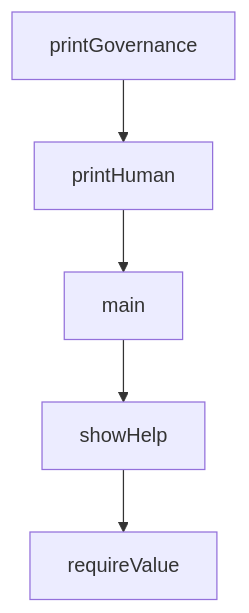
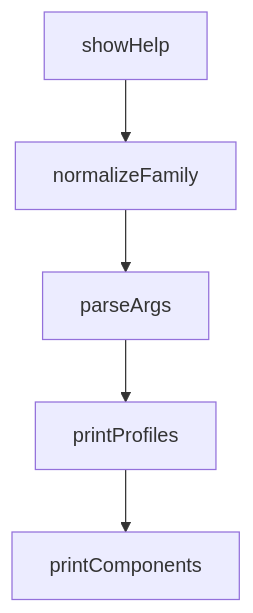
Before and after one commit to johnxie/awesome-code-docs: the diagram in tutorials/everything-claude-code-tutorial/08-contribution-workflow-and-governance.md, drawn with Mermaid. The commit also changed other lines of this file and 1232 other files, not shown here.

````diff
--- a/tutorials/everything-claude-code-tutorial/08-contribution-workflow-and-governance.md
+++ b/tutorials/everything-claude-code-tutorial/08-contribution-workflow-and-governance.md
@@ -224,12 +222,12 @@
 ```mermaid
 flowchart TD
-    A[printGovernance]
-    B[printHuman]
-    C[main]
-    D[showHelp]
-    E[requireValue]
+    A[showHelp]
+    B[normalizeFamily]
+    C[parseArgs]
+    D[printProfiles]
+    E[printComponents]
     A --> B
     B --> C
     C --> D
     D --> E
 ```
````
